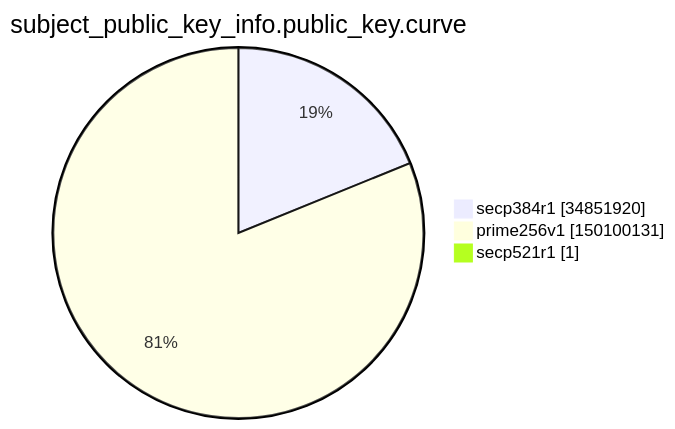
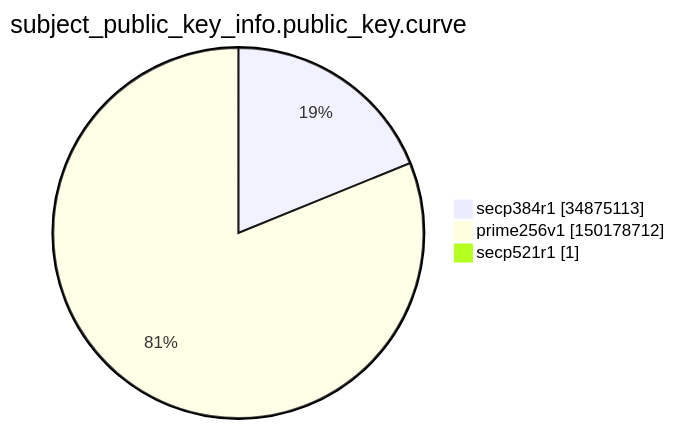
One commit to christiankrug/ctmonitor_visualization changed the ninth of 15 diagrams in argon2022/README.md. Above: the diagram before and after it, drawn with Mermaid. The commit also changed other lines of this file, not shown here.

````diff
--- a/argon2022/README.md
+++ b/argon2022/README.md
@@ -2765,7 +2765,7 @@
 ```mermaid
 pie showData
 title subject_public_key_info.public_key.curve
-"secp384r1" :34851920
-"prime256v1" :150100131
+"secp384r1" :34875113
+"prime256v1" :150178712
 "secp521r1" :1
 ```
````
